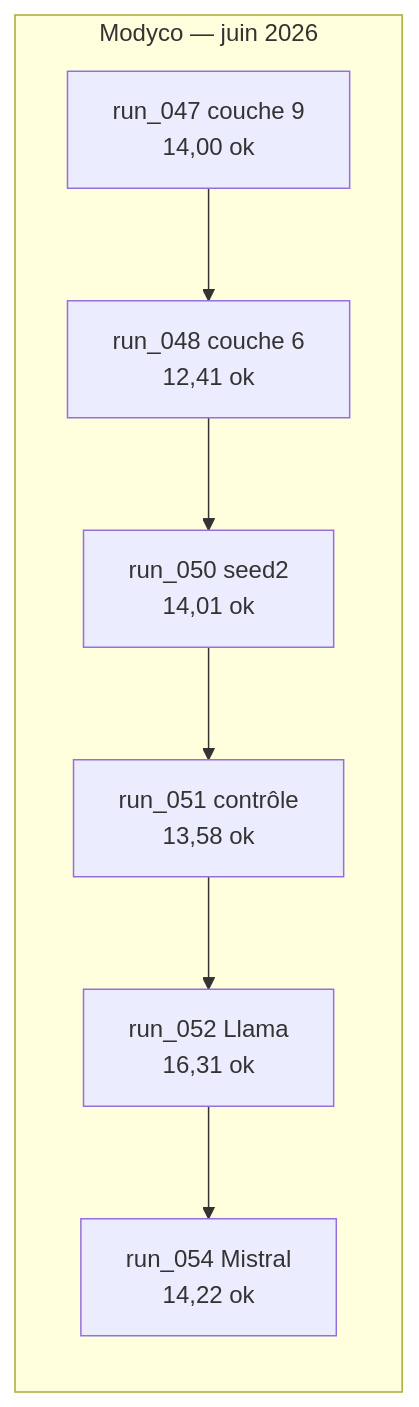
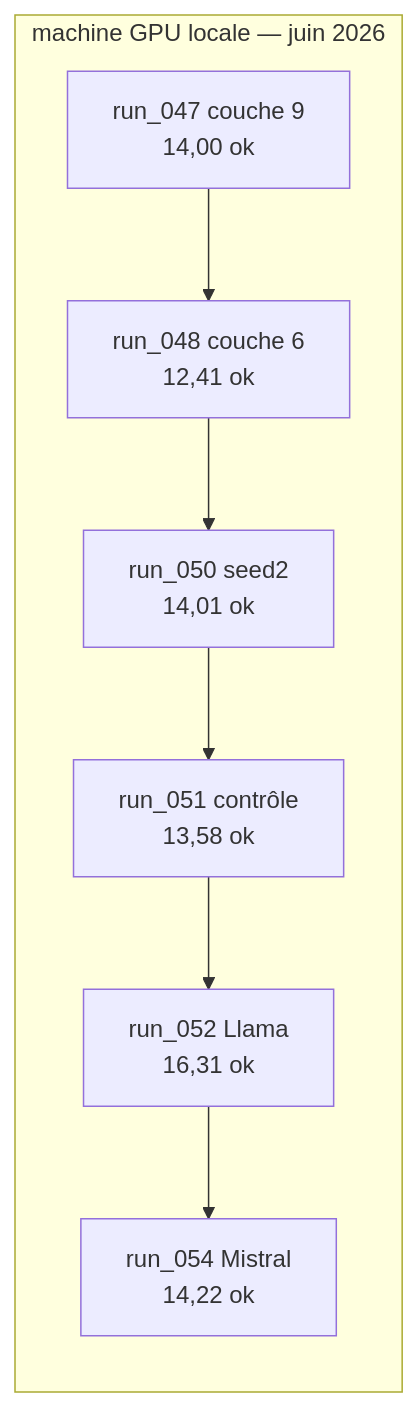
The second of 2 diagrams in documentation/recommandations.md (crispyfunicular/Pantagruel_S3T), drawn with Mermaid before and after one commit. The commit also changed other lines of this file and 16 other files, not shown here.

````diff
--- a/documentation/recommandations.md
+++ b/documentation/recommandations.md
@@ -165,12 +187,12 @@
 ```mermaid
 flowchart LR
-  subgraph modyco [Modyco — juin 2026]
+  subgraph machine GPU locale [machine GPU locale — juin 2026]
     r047["run_047 couche 9\n14,00 ok"]
     r048["run_048 couche 6\n12,41 ok"]
     r050["run_050 seed2\n14,01 ok"]
     r051["run_051 contrôle\n13,58 ok"]
     r052["run_052 Llama\n16,31 ok"]
     r054["run_054 Mistral\n14,22 ok"]
     r047 --> r048 --> r050 --> r051 --> r052 --> r054
   end
 ```
````
